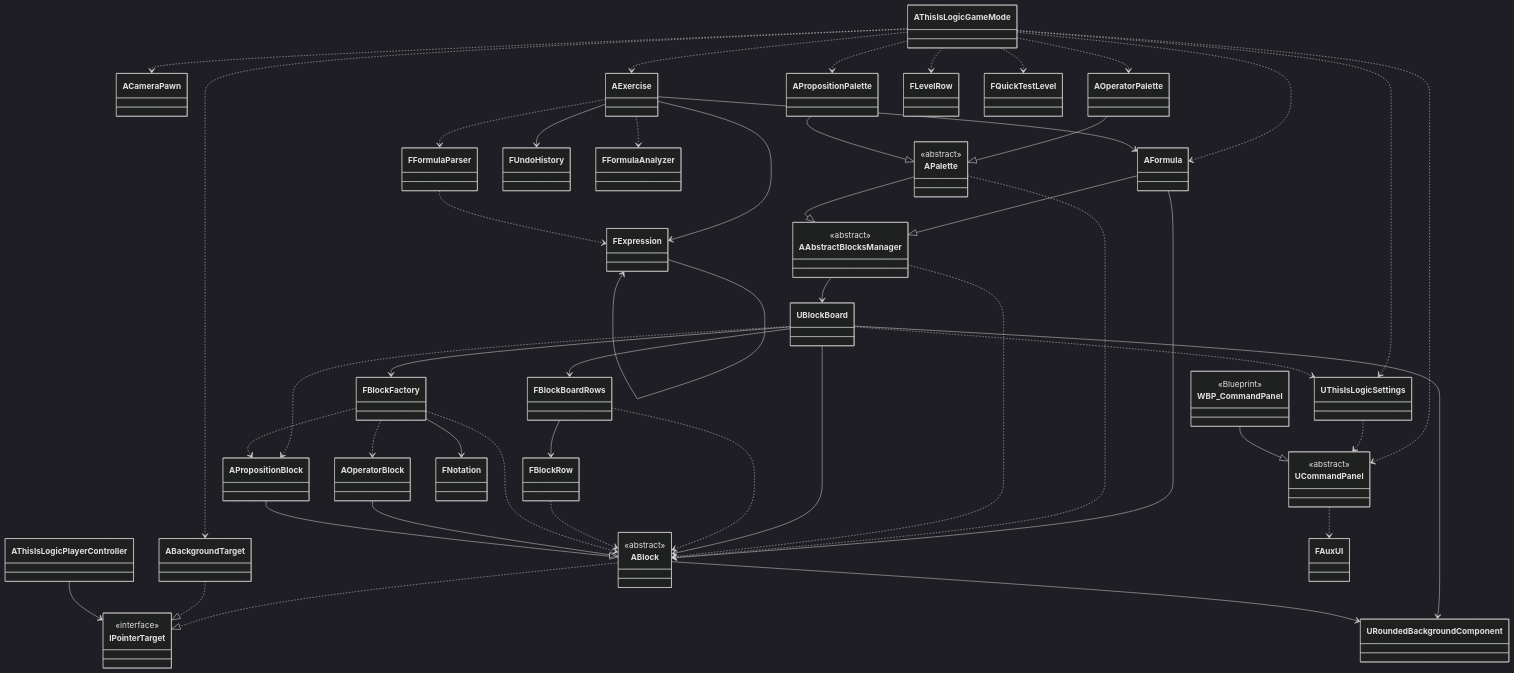
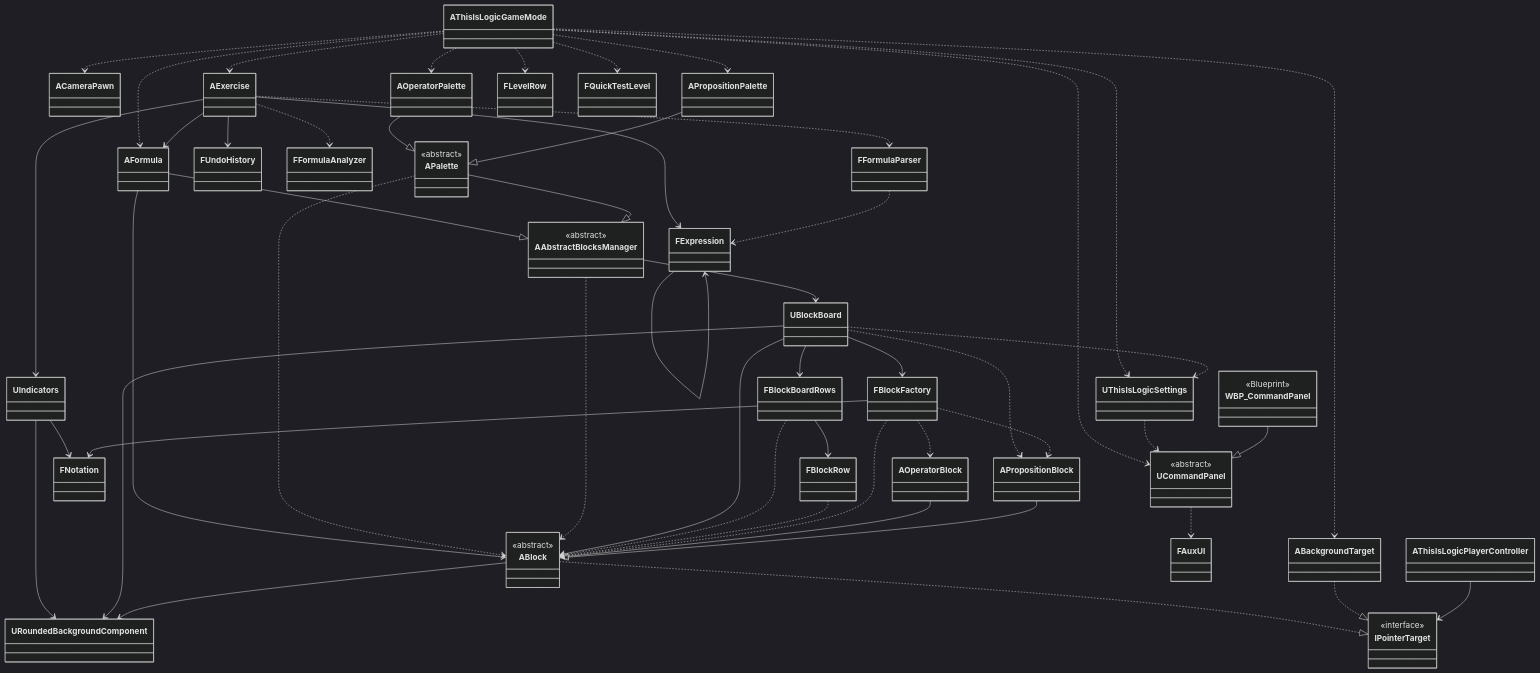
The diagram in README.md (expn-pi/ThisIsLogic), drawn with Mermaid (dark theme) before and after one commit. The commit also changed other lines of this file and 21 other files, not shown here.

```diff
--- a/README.md
+++ b/README.md
@@ -118,9 +118,13 @@
 
     AExercise --> AFormula
     AExercise --> FUndoHistory
+    AExercise --> UIndicators
     AExercise --> FExpression
     AExercise ..> FFormulaAnalyzer
     AExercise ..> FFormulaParser
+
+    UIndicators --> URoundedBackgroundComponent
+    UIndicators --> FNotation
 
     FFormulaParser ..> FExpression
     FExpression --> FExpression
```
